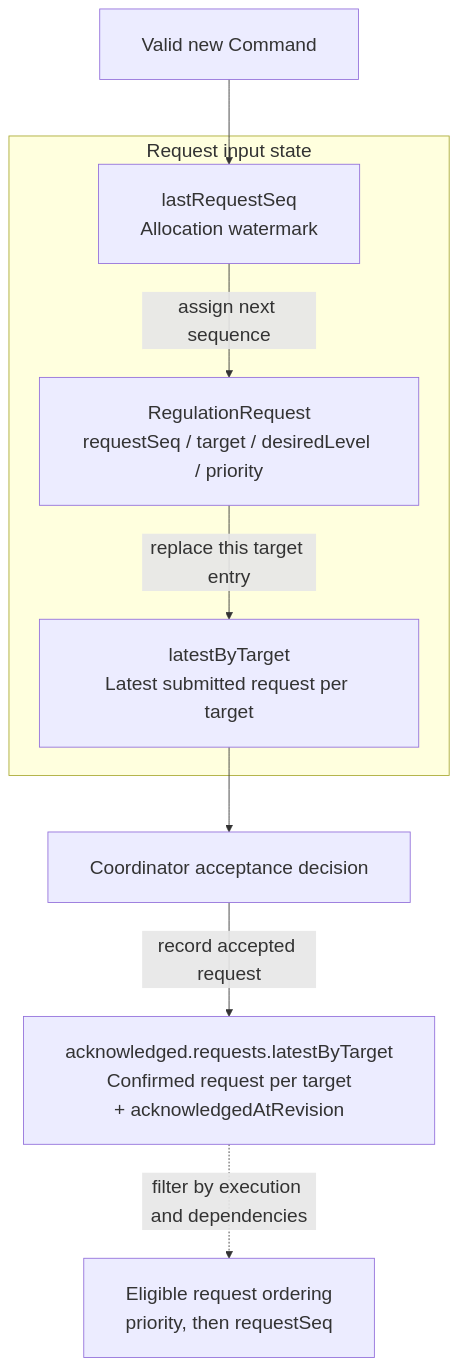
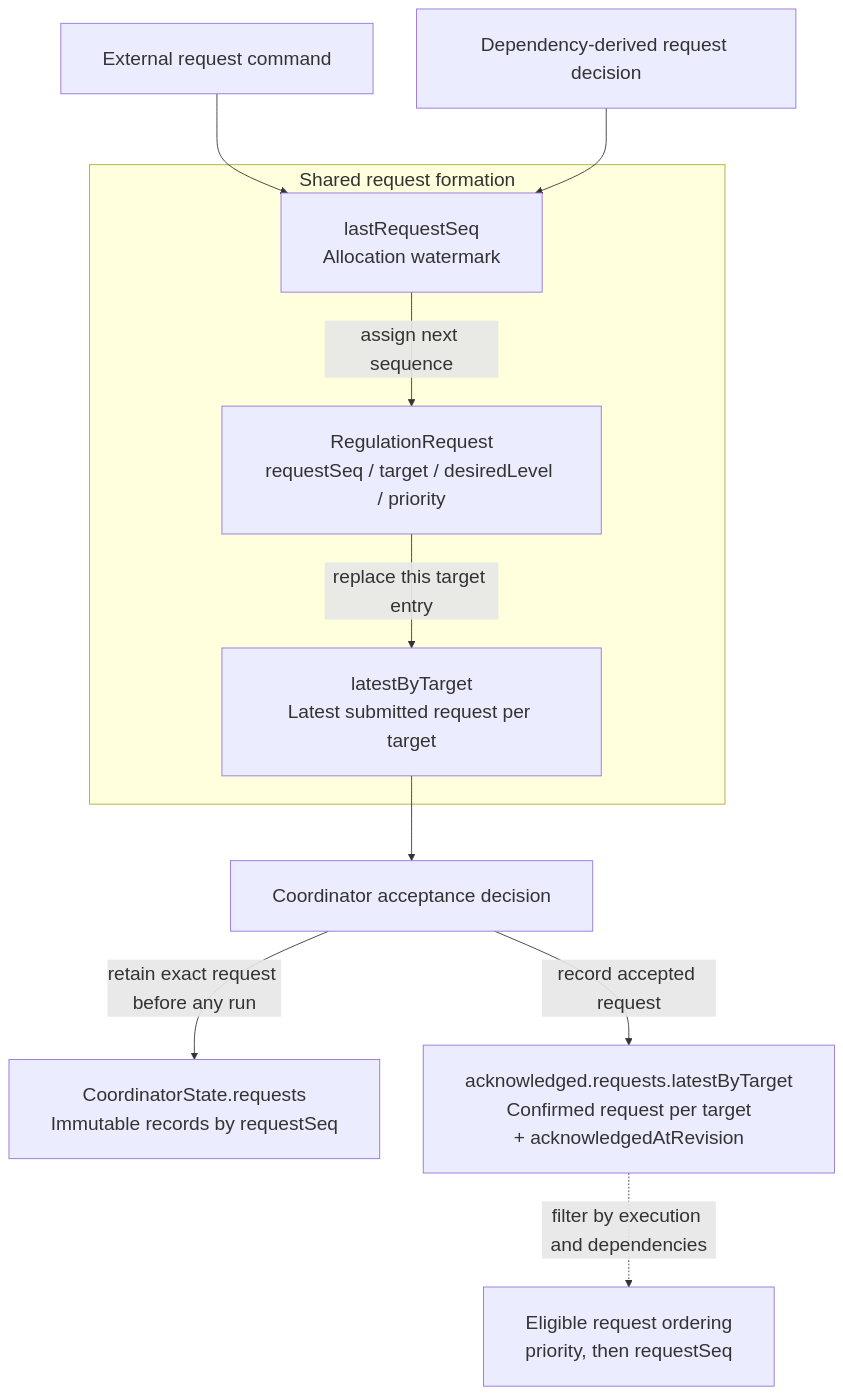
Before and after one commit to shazhou-ww/potential-guide: the second of 5 diagrams in .silvermoon/ideas/01M5E7N9F5Y0ZN1SYKDFYEVA20/outer/inner/ideal/Diagrams.md, drawn with Mermaid. The commit also changed other lines of this file and 9 other files, not shown here.

Commit message:
docs: require a request for every regulation run

````diff
--- a/.silvermoon/ideas/01M5E7N9F5Y0ZN1SYKDFYEVA20/outer/inner/ideal/Diagrams.md
+++ b/.silvermoon/ideas/01M5E7N9F5Y0ZN1SYKDFYEVA20/outer/inner/ideal/Diagrams.md
@@ -95,30 +92,34 @@
 ```mermaid
 ---
 config:
   fontFamily: Arial, Helvetica, sans-serif
   themeVariables:
     fontFamily: Arial, Helvetica, sans-serif
     fontSize: 22px
   flowchart:
     wrappingWidth: 340
     nodeSpacing: 50
     rankSpacing: 65
     padding: 24
 ---
 flowchart TB
-    COMMAND["Valid new Command"]
-    subgraph INPUT["Request input state"]
+    COMMAND["External request command"]
+    DERIVED["Dependency-derived request decision"]
+    subgraph INPUT["Shared request formation"]
         SEQ["lastRequestSeq<br/>Allocation watermark"]
         REQUEST["RegulationRequest<br/>requestSeq / target / desiredLevel / priority"]
         LATEST["latestByTarget<br/>Latest submitted request per target"]
         SEQ -->|assign next sequence| REQUEST
         REQUEST -->|replace this target entry| LATEST
     end
     COMMAND --> SEQ
+    DERIVED --> SEQ
     DECISION["Coordinator acceptance decision"]
+    RECORDS["CoordinatorState.requests<br/>Immutable records by requestSeq"]
     ACK["acknowledged.requests.latestByTarget<br/>Confirmed request per target<br/>+ acknowledgedAtRevision"]
     ORDER["Eligible request ordering<br/>priority, then requestSeq"]
     LATEST --> DECISION
     DECISION -->|record accepted request| ACK
+    DECISION -->|retain exact request before any run| RECORDS
     ACK -.->|filter by execution and dependencies| ORDER
 ```
````
